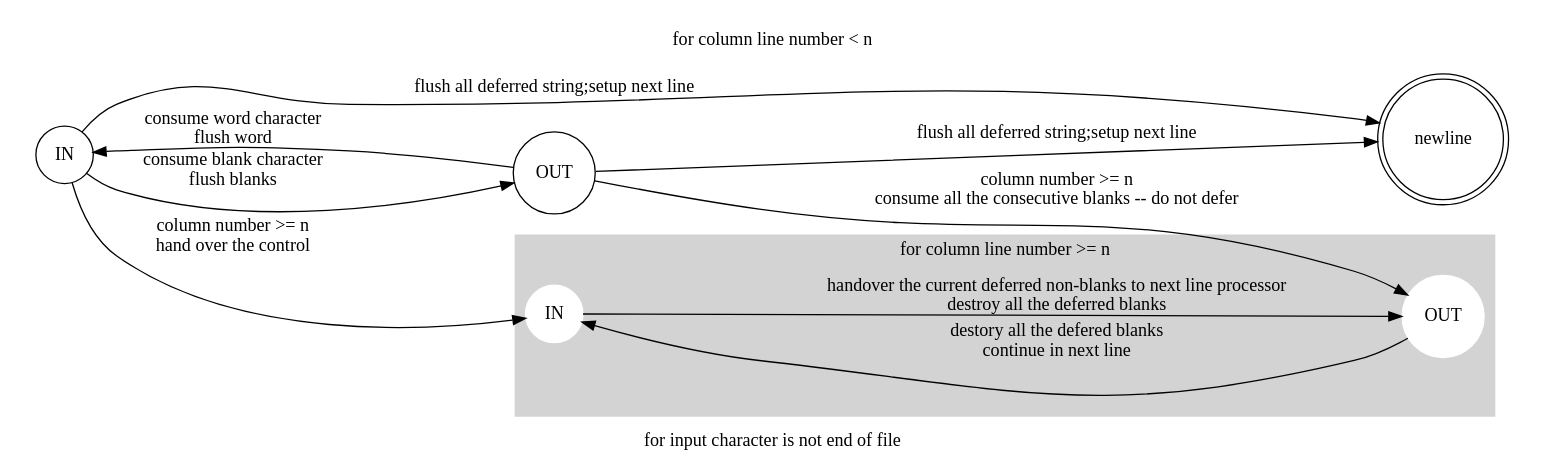
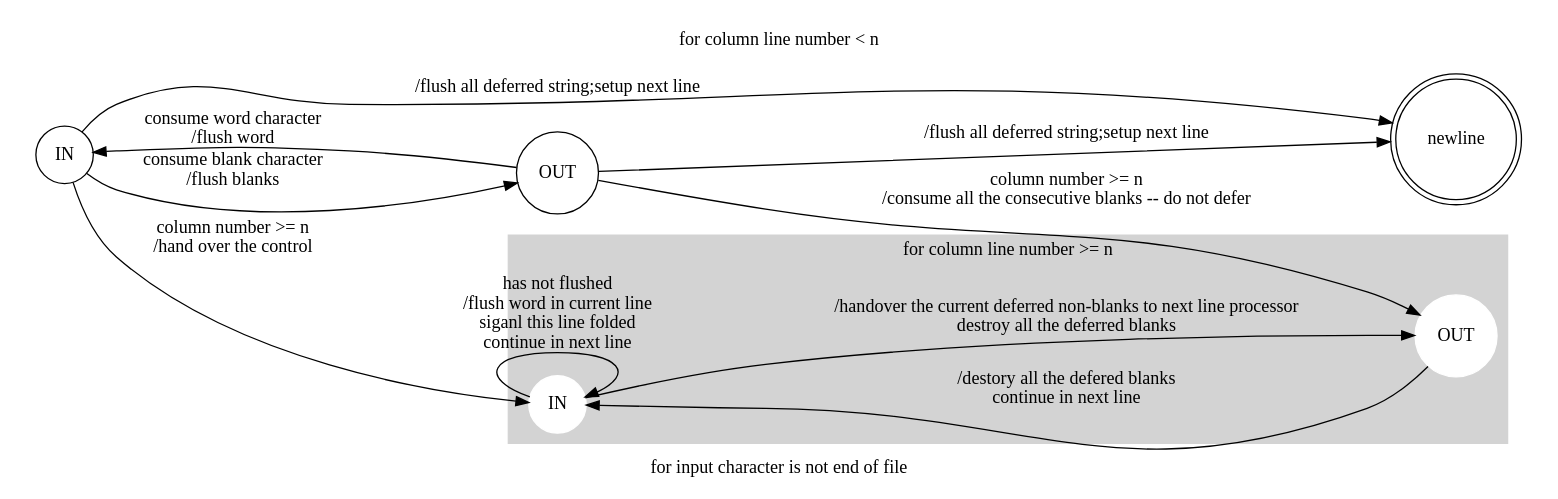
Before and after one commit to HyunggyuJang/The-C-programming-language-: the second of 4 diagrams in hacking_notebook.org, drawn with Graphviz. The commit also changed other lines of this file and 2 other files, not shown here.

```diff
--- a/hacking_notebook.org
+++ b/hacking_notebook.org
@@ -2478,29 +2478,30 @@
 #+BEGIN_SRC dot :exports results :file C_codes/ex1_22_final.png
 digraph G {
     rankdir = LR;
     label = "for input character is not end of file"
     color = black
     subgraph cluster1 {
         style = filled
         color = lightgrey
         node [style=filled, color = white]
         node [shape = circle, label="IN"] in
         node [shape = circle, label="OUT"] out
-        in -> out [label = "handover the current deferred non-blanks to next line processor\ndestroy all the deferred blanks"]
-        out -> in [label = "destory all the defered blanks\ncontinue in next line"]
+        in -> out [label = "/handover the current deferred non-blanks to next line processor\ndestroy all the deferred blanks"]
+        in -> in [label = "has not flushed\n/flush word in current line\nsiganl this line folded\ncontinue in next line"]
+        out -> in [label = "/destory all the defered blanks\ncontinue in next line"]
         label = "for column line number >= n"
     }
     subgraph cluster0 {
         color = white
         node [shape = doublecircle, label="newline"] newline
         node [shape = circle, label="IN"] IN
         node [shape = circle, label="OUT"] OUT
-        IN -> OUT [label = "consume blank character\nflush blanks"]
-        OUT -> IN [label = "consume word character\nflush word"]
-        IN -> in [label = "column number >= n\nhand over the control"]
-        OUT -> out [label = "column number >= n\nconsume all the consecutive blanks -- do not defer"]
-        {IN, OUT} -> newline [label = "flush all deferred string;setup next line"]
+        IN -> OUT [label = "consume blank character\n/flush blanks"]
+        OUT -> IN [label = "consume word character\n/flush word"]
+        IN -> in [label = "column number >= n\n/hand over the control"]
+        OUT -> out [label = "column number >= n\n/consume all the consecutive blanks -- do not defer"]
+        {IN, OUT} -> newline [label = "/flush all deferred string;setup next line"]
         label = "for column line number < n"
     }
 }
 #+END_SRC
```
